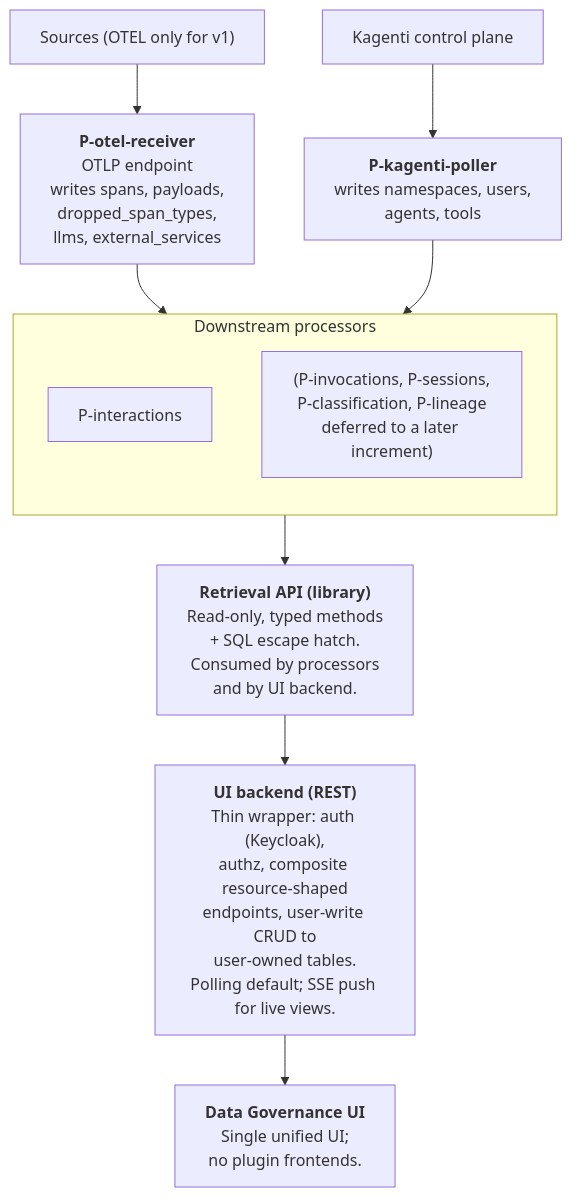
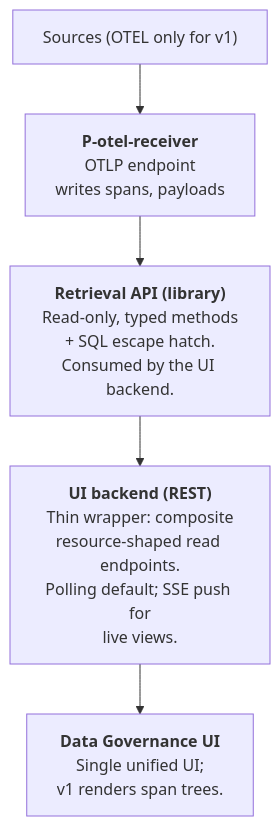
Before and after one commit to rossoctl/lab-data-governance: the diagram in docs/PROJECT.md, drawn with Mermaid. The commit also changed other lines of this file, not shown here.

First line of the commit message:
PROJECT.md: rewrite v1 scope to OTLP receiver only

````diff
--- a/docs/PROJECT.md
+++ b/docs/PROJECT.md
@@ -28,28 +23,17 @@
 ```mermaid
 flowchart TD
     Sources["Sources (OTEL only for v1)"]
-    KagentiCP["Kagenti control plane"]
 
-    POtel["<b>P-otel-receiver</b><br/>OTLP endpoint<br/>writes spans, payloads,<br/>dropped_span_types,<br/>llms, external_services"]
-    PPoller["<b>P-kagenti-poller</b><br/>writes namespaces, users,<br/>agents, tools"]
+    POtel["<b>P-otel-receiver</b><br/>OTLP endpoint<br/>writes spans, payloads"]
 
-    subgraph Downstream["Downstream processors"]
-        direction TB
-        PInter["P-interactions"]
-        Deferred["(P-invocations, P-sessions,<br/>P-classification, P-lineage<br/>deferred to a later increment)"]
-    end
+    Retrieval["<b>Retrieval API (library)</b><br/>Read-only, typed methods<br/>+ SQL escape hatch.<br/>Consumed by the UI backend."]
 
-    Retrieval["<b>Retrieval API (library)</b><br/>Read-only, typed methods<br/>+ SQL escape hatch.<br/>Consumed by processors<br/>and by UI backend."]
+    UIBackend["<b>UI backend (REST)</b><br/>Thin wrapper: composite<br/>resource-shaped read endpoints.<br/>Polling default; SSE push for<br/>live views."]
 
-    UIBackend["<b>UI backend (REST)</b><br/>Thin wrapper: auth (Keycloak),<br/>authz, composite resource-shaped<br/>endpoints, user-write CRUD to<br/>user-owned tables.<br/>Polling default; SSE push for live views."]
-
-    UI["<b>Data Governance UI</b><br/>Single unified UI;<br/>no plugin frontends."]
+    UI["<b>Data Governance UI</b><br/>Single unified UI;<br/>v1 renders span trees."]
 
     Sources --> POtel
-    KagentiCP --> PPoller
-    POtel --> Downstream
-    PPoller --> Downstream
-    Downstream --> Retrieval
+    POtel --> Retrieval
     Retrieval --> UIBackend
     UIBackend --> UI
 ```
````
